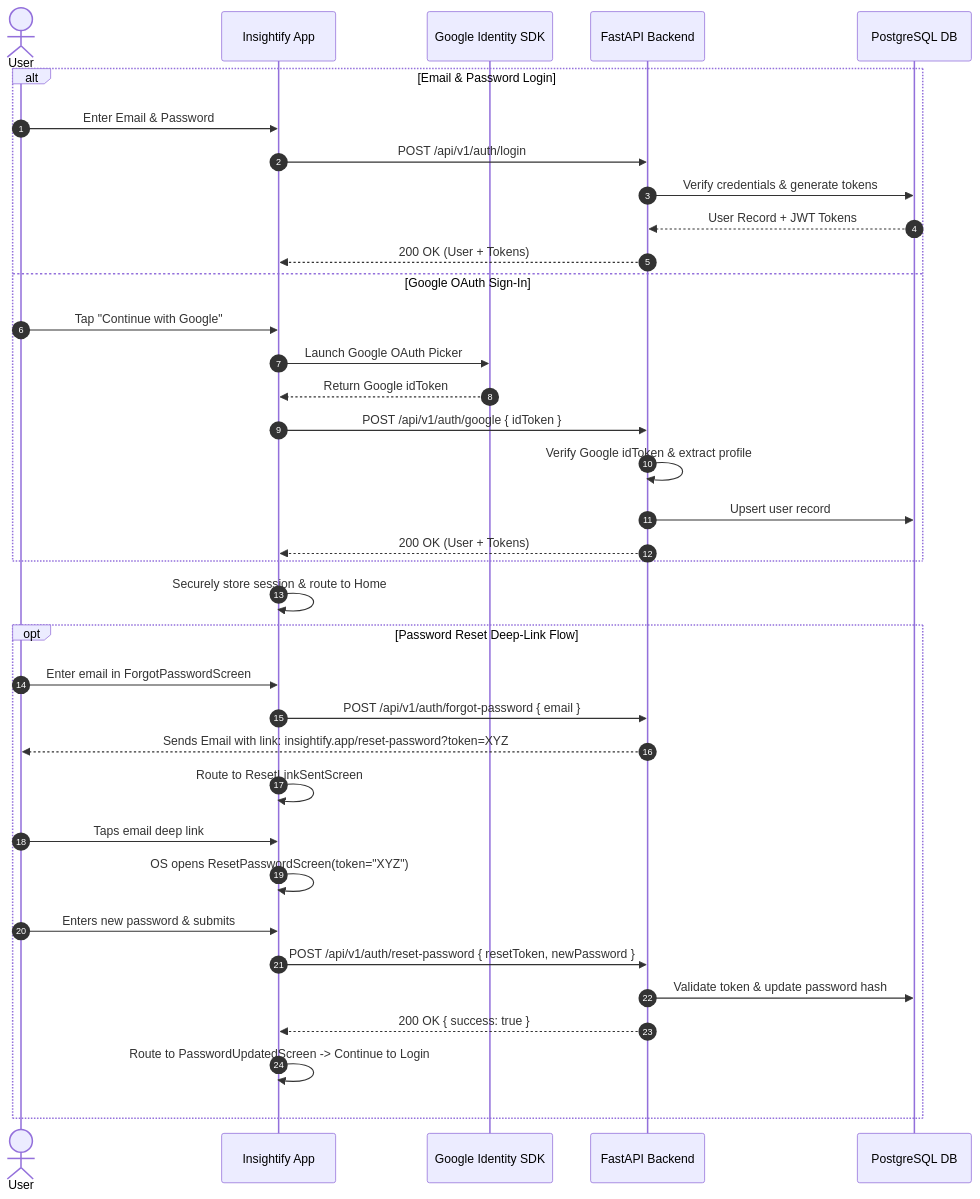
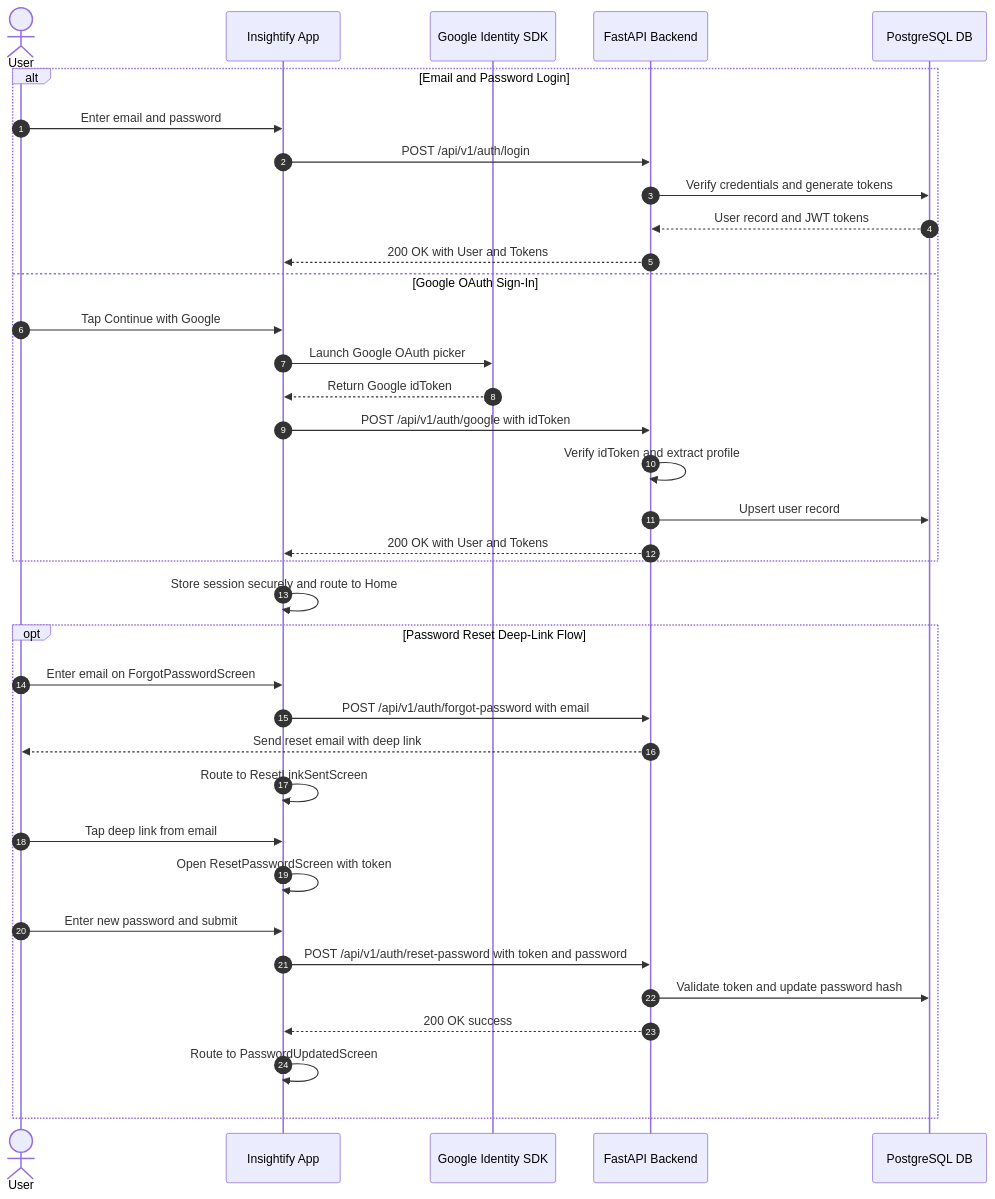
Before and after one commit to ArsalanTheCoder/Insightify: the first of 4 diagrams in docs/BACKEND-API-SPEC.md, drawn with Mermaid. The commit also changed other lines of this file, not shown here.

````diff
--- a/docs/BACKEND-API-SPEC.md
+++ b/docs/BACKEND-API-SPEC.md
@@ -1362,40 +1370,40 @@
 ```mermaid
 sequenceDiagram
     autonumber
     actor User
     participant App as Insightify App
     participant Google as Google Identity SDK
     participant API as FastAPI Backend
     participant DB as PostgreSQL DB
 
-    alt Email & Password Login
-        User->>App: Enter Email & Password
+    alt Email and Password Login
+        User->>App: Enter email and password
         App->>API: POST /api/v1/auth/login
-        API->>DB: Verify credentials & generate tokens
-        DB-->>API: User Record + JWT Tokens
-        API-->>App: 200 OK (User + Tokens)
+        API->>DB: Verify credentials and generate tokens
+        DB-->>API: User record and JWT tokens
+        API-->>App: 200 OK with User and Tokens
     else Google OAuth Sign-In
-        User->>App: Tap "Continue with Google"
-        App->>Google: Launch Google OAuth Picker
+        User->>App: Tap Continue with Google
+        App->>Google: Launch Google OAuth picker
         Google-->>App: Return Google idToken
-        App->>API: POST /api/v1/auth/google { idToken }
-        API->>API: Verify Google idToken & extract profile
+        App->>API: POST /api/v1/auth/google with idToken
+        API->>API: Verify idToken and extract profile
         API->>DB: Upsert user record
-        API-->>App: 200 OK (User + Tokens)
+        API-->>App: 200 OK with User and Tokens
     end
-    App->>App: Securely store session & route to Home
+    App->>App: Store session securely and route to Home
 
     opt Password Reset Deep-Link Flow
-        User->>App: Enter email in ForgotPasswordScreen
-        App->>API: POST /api/v1/auth/forgot-password { email }
-        API-->>User: Sends Email with link: insightify.app/reset-password?token=XYZ
+        User->>App: Enter email on ForgotPasswordScreen
+        App->>API: POST /api/v1/auth/forgot-password with email
+        API-->>User: Send reset email with deep link
         App->>App: Route to ResetLinkSentScreen
-        User->>App: Taps email deep link
-        App->>App: OS opens ResetPasswordScreen(token="XYZ")
-        User->>App: Enters new password & submits
-        App->>API: POST /api/v1/auth/reset-password { resetToken, newPassword }
-        API->>DB: Validate token & update password hash
-        API-->>App: 200 OK { success: true }
-        App->>App: Route to PasswordUpdatedScreen -> Continue to Login
+        User->>App: Tap deep link from email
+        App->>App: Open ResetPasswordScreen with token
+        User->>App: Enter new password and submit
+        App->>API: POST /api/v1/auth/reset-password with token and password
+        API->>DB: Validate token and update password hash
+        API-->>App: 200 OK success
+        App->>App: Route to PasswordUpdatedScreen
     end
 ```
````
